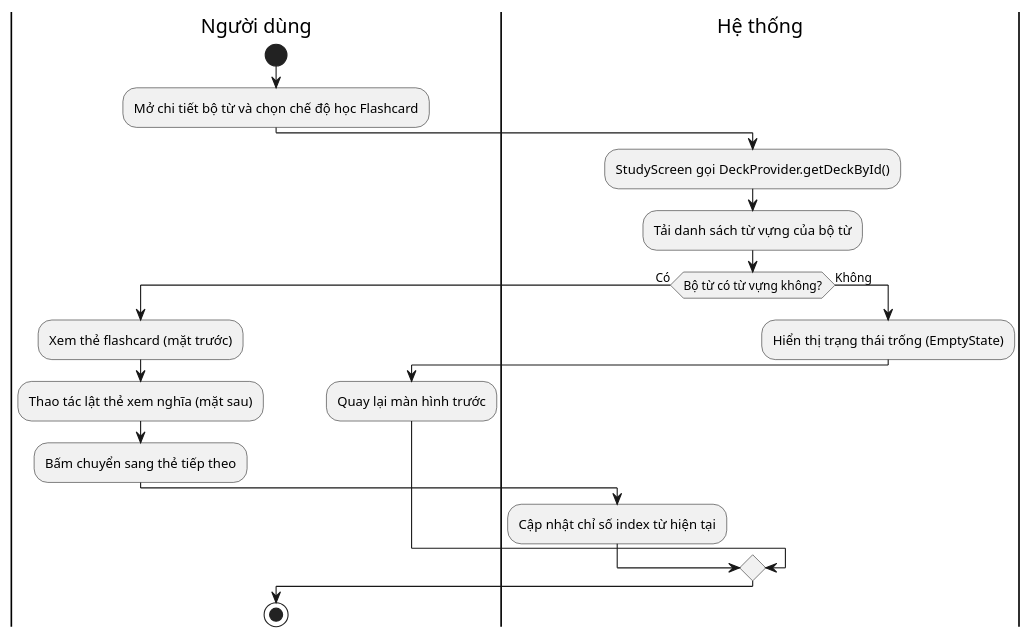
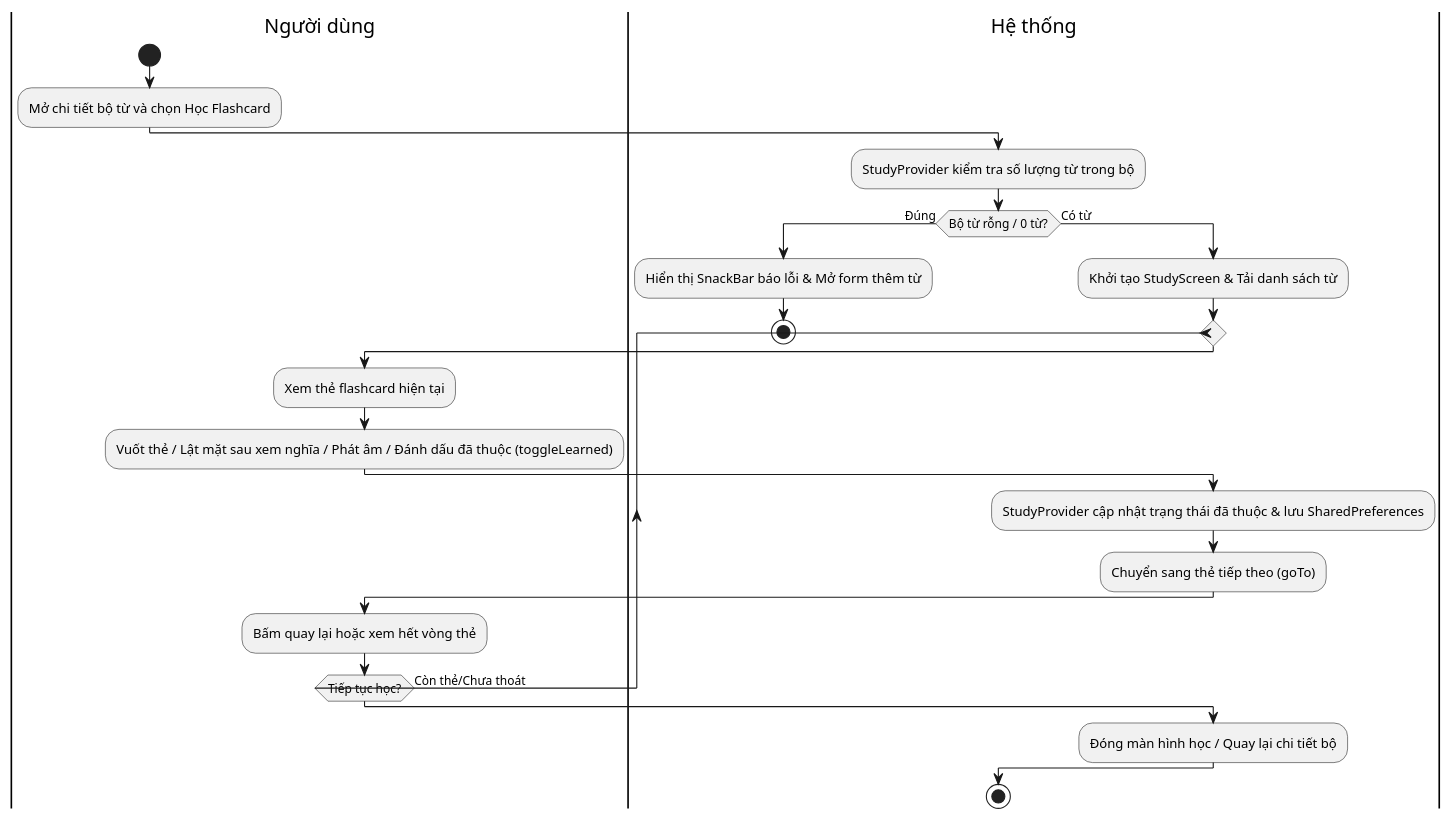
Before and after one commit to hoang-adu/2026_2027_1_1_LTTBDD_N01_Nhom_2: the diagram in docs/activity_study_flashcard.puml, drawn with PlantUML. The commit also changed 3 other files, not shown here.

Commit message:
docs: cập nhật chuẩn 4 sơ đồ hoạt động (activity diagrams)

```diff
--- a/docs/activity_study_flashcard.puml
+++ b/docs/activity_study_flashcard.puml
@@ -1,23 +1,31 @@
 @startuml
 |Người dùng|
 start
-:Mở chi tiết bộ từ và chọn chế độ học Flashcard;
+:Mở chi tiết bộ từ và chọn Học Flashcard;
 
 |Hệ thống|
-:StudyScreen gọi DeckProvider.getDeckById();
-:Tải danh sách từ vựng của bộ từ;
-if (Bộ từ có từ vựng không?) then (Có)
-  |Người dùng|
-  :Xem thẻ flashcard (mặt trước);
-  :Thao tác lật thẻ xem nghĩa (mặt sau);
-  :Bấm chuyển sang thẻ tiếp theo;
+:StudyProvider kiểm tra số lượng từ trong bộ;
+if (Bộ từ rỗng / 0 từ?) then (Đúng)
+  :Hiển thị SnackBar báo lỗi & Mở form thêm từ;
+  stop
+else (Có từ)
+  :Khởi tạo StudyScreen & Tải danh sách từ;
+  
+  repeat
+    |Người dùng|
+    :Xem thẻ flashcard hiện tại;
+    :Vuốt thẻ / Lật mặt sau xem nghĩa / Phát âm / Đánh dấu đã thuộc (toggleLearned);
+    
+    |Hệ thống|
+    :StudyProvider cập nhật trạng thái đã thuộc & lưu SharedPreferences;
+    :Chuyển sang thẻ tiếp theo (goTo);
+    
+    |Người dùng|
+    :Bấm quay lại hoặc xem hết vòng thẻ;
+  repeat while (Tiếp tục học?) is (Còn thẻ/Chưa thoát)
+  
   |Hệ thống|
-  :Cập nhật chỉ số index từ hiện tại;
-else (Không)
-  |Hệ thống|
-  :Hiển thị trạng thái trống (EmptyState);
-  |Người dùng|
-  :Quay lại màn hình trước;
+  :Đóng màn hình học / Quay lại chi tiết bộ;
 endif
 stop
 @enduml
```
